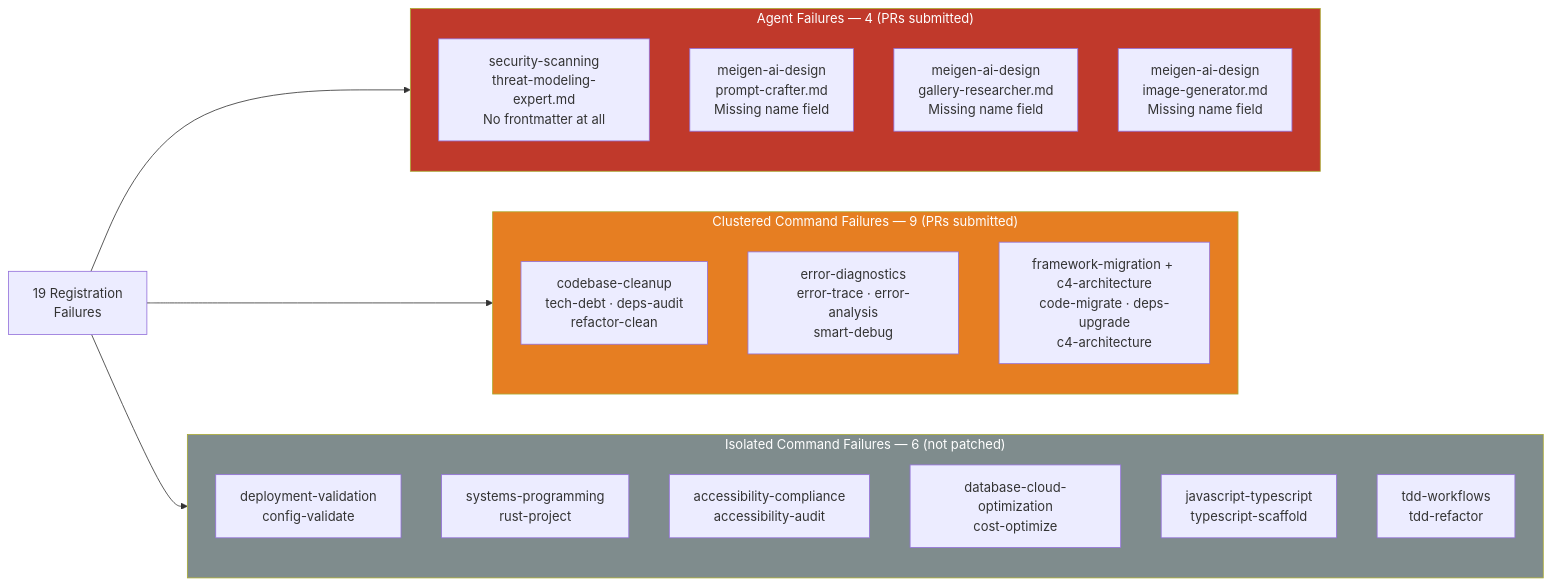
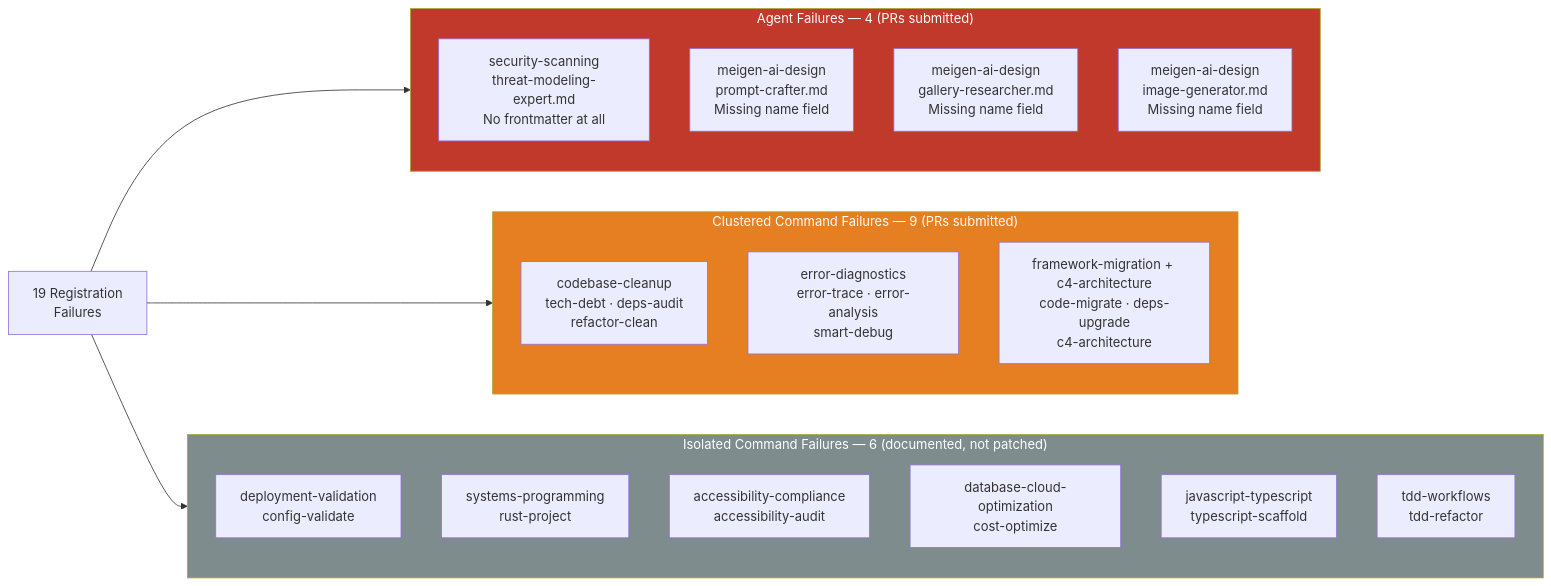
One commit to cgartlab/nlpm changed the second of 4 diagrams in case-studies/2026-04-22-wshobson-agents.md. Above: the diagram before and after it, drawn with Mermaid. The commit also changed other lines of this file and 2 other files, not shown here.

````diff
--- a/case-studies/2026-04-22-wshobson-agents.md
+++ b/case-studies/2026-04-22-wshobson-agents.md
@@ -45,31 +45,31 @@
 ```mermaid
 graph LR
-    Root["19 Registration\nFailures"] --> AF
-    Root --> CCF
-    Root --> ICF
+    Root["19 Registration\nFailures"] --> AgentF
+    Root --> ClusteredCF
+    Root --> IsolatedCF
 
-    subgraph AF["Agent Failures — 4 (PRs submitted)"]
-        style AF fill:#c0392b,color:#fff
+    subgraph AgentF["Agent Failures — 4 (PRs submitted)"]
+        style AgentF fill:#c0392b,color:#fff
         A1["security-scanning\nthreat-modeling-expert.md\nNo frontmatter at all"]
         A2["meigen-ai-design\nprompt-crafter.md\nMissing name field"]
         A3["meigen-ai-design\ngallery-researcher.md\nMissing name field"]
         A4["meigen-ai-design\nimage-generator.md\nMissing name field"]
     end
 
-    subgraph CCF["Clustered Command Failures — 9 (PRs submitted)"]
-        style CCF fill:#e67e22,color:#fff
+    subgraph ClusteredCF["Clustered Command Failures — 9 (PRs submitted)"]
+        style ClusteredCF fill:#e67e22,color:#fff
         C1["codebase-cleanup\ntech-debt · deps-audit\nrefactor-clean"]
         C2["error-diagnostics\nerror-trace · error-analysis\nsmart-debug"]
         C3["framework-migration + c4-architecture\ncode-migrate · deps-upgrade\nc4-architecture"]
     end
 
-    subgraph ICF["Isolated Command Failures — 6 (not patched)"]
-        style ICF fill:#7f8c8d,color:#fff
+    subgraph IsolatedCF["Isolated Command Failures — 6 (documented, not patched)"]
+        style IsolatedCF fill:#7f8c8d,color:#fff
         D1["deployment-validation\nconfig-validate"]
         D2["systems-programming\nrust-project"]
         D3["accessibility-compliance\naccessibility-audit"]
         D4["database-cloud-optimization\ncost-optimize"]
         D5["javascript-typescript\ntypescript-scaffold"]
         D6["tdd-workflows\ntdd-refactor"]
     end
 ```
````
